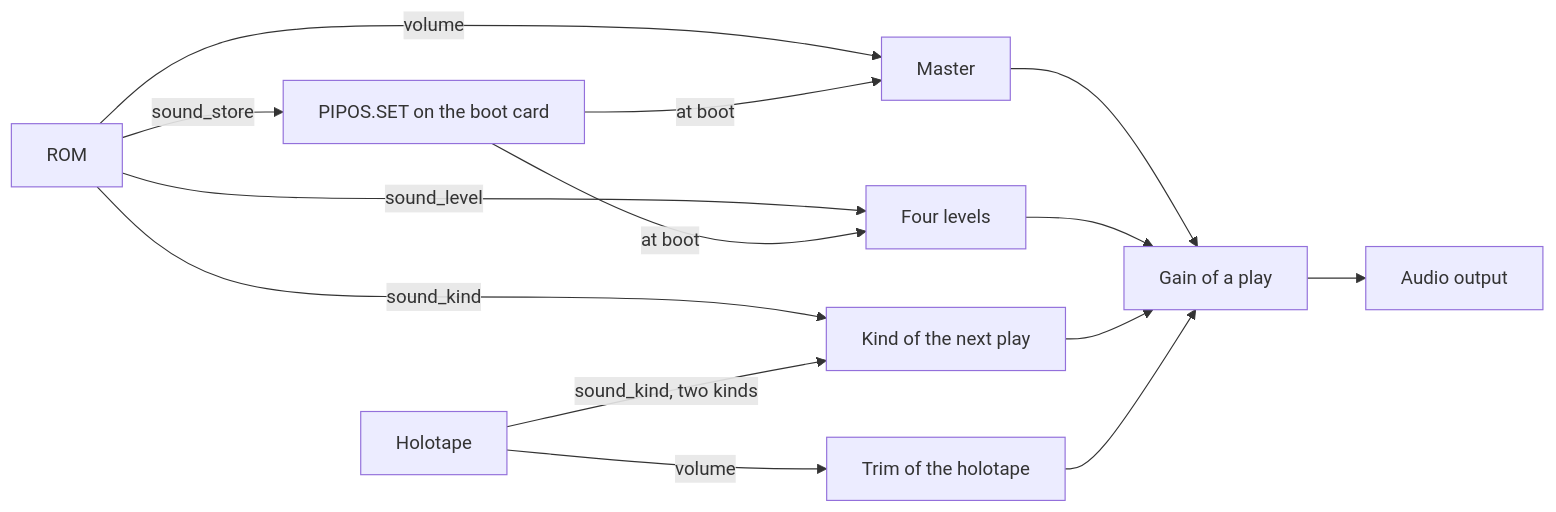
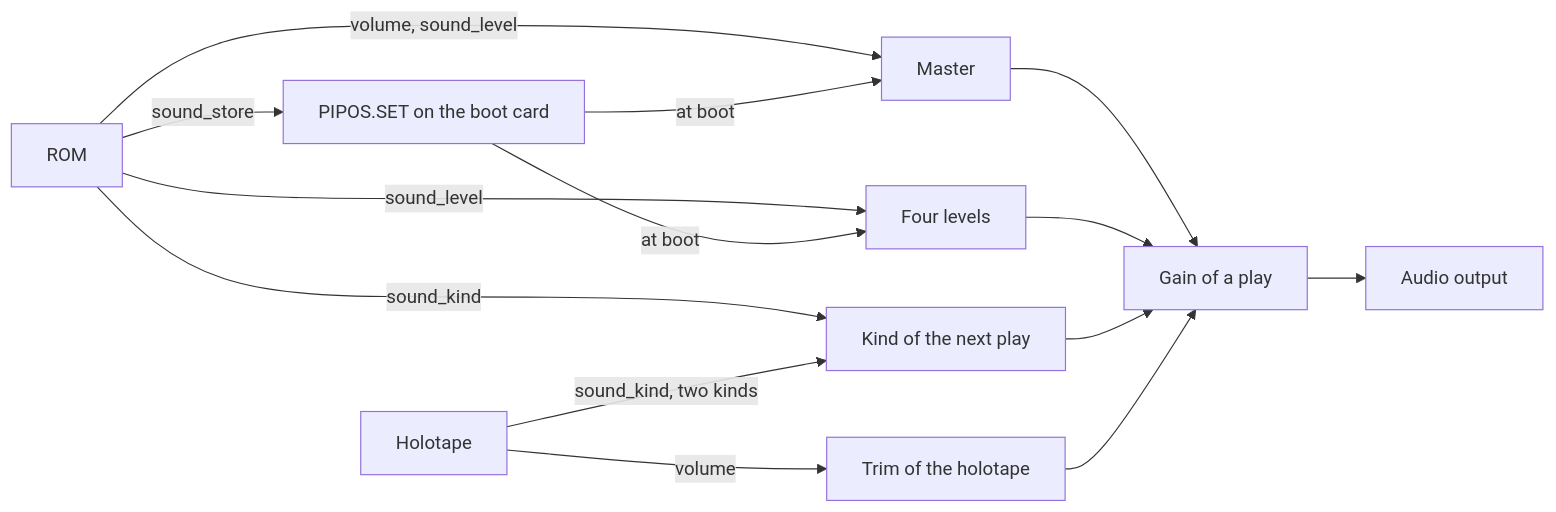
One commit to RobCo-Industries/RobCo-Core changed the first of 2 diagrams in docs/spec/PIPOS_ABI.md. Above: the diagram before and after it, drawn with Mermaid. The commit also changed other lines of this file and 1 other file, not shown here.

Commit message:
Spec: ABI 1.6 fixes the PIPOS.SET file, the store errors, the master through sound_level and the ev=levels line

````diff
--- a/docs/spec/PIPOS_ABI.md
+++ b/docs/spec/PIPOS_ABI.md
@@ -553,16 +559,16 @@
 ```mermaid
 flowchart LR
-    rom["ROM"] -- "volume" --> master["Master"]
+    rom["ROM"] -- "volume, sound_level" --> master["Master"]
     rom -- "sound_level" --> levels["Four levels"]
     rom -- "sound_kind" --> kind["Kind of the next play"]
     tape["Holotape"] -- "volume" --> trim["Trim of the holotape"]
     tape -- "sound_kind, two kinds" --> kind
     master --> gain["Gain of a play"]
     levels --> gain
     kind --> gain
     trim --> gain
     gain --> out["Audio output"]
     rom -- "sound_store" --> file["PIPOS.SET on the boot card"]
     file -- "at boot" --> master
     file -- "at boot" --> levels
 ```
````
